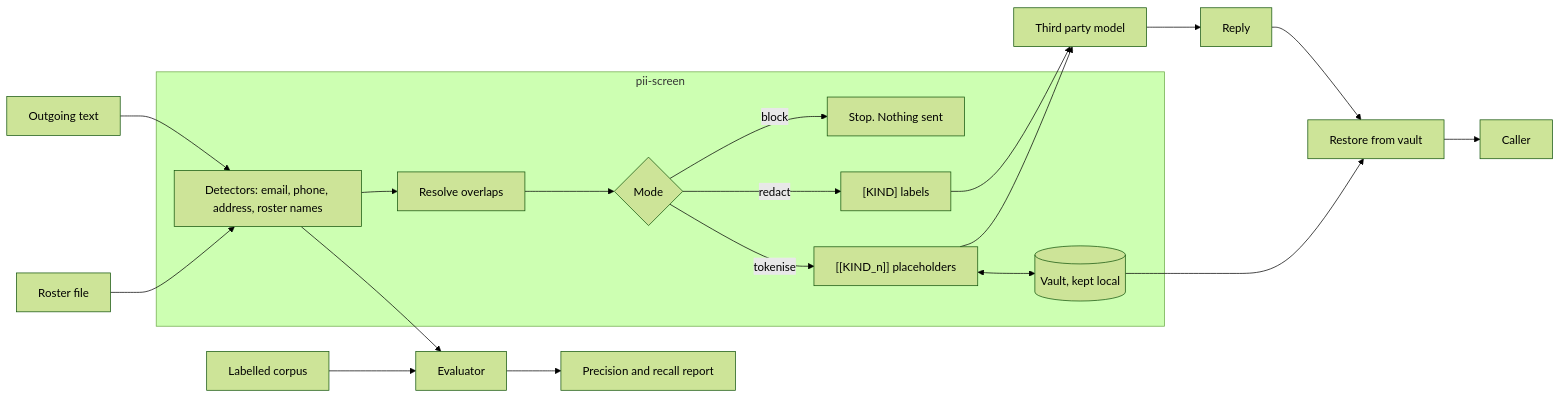
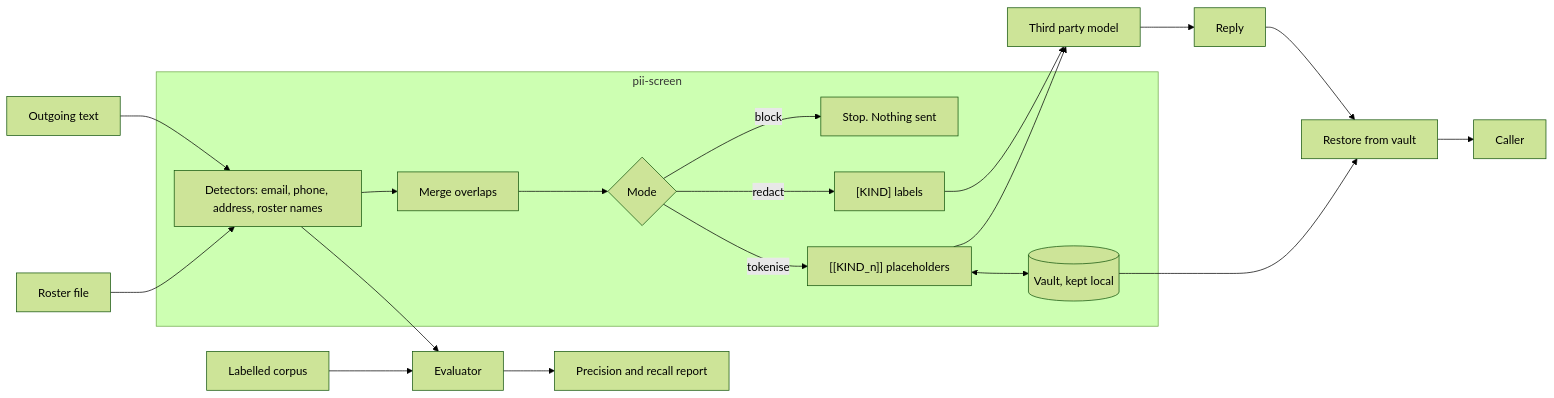
One commit to midcityhandyman/pii-screen changed the diagram in README.md. Above: the diagram before and after it, drawn with Mermaid (forest theme). The commit also changed other lines of this file and 7 other files, not shown here.

````diff
--- a/README.md
+++ b/README.md
@@ -31,22 +57,22 @@
 ```mermaid
 flowchart LR
     T[Outgoing text] --> D
     R[Roster file] --> D
     subgraph screen[pii-screen]
-        D[Detectors: email, phone, address, roster names] --> O[Resolve overlaps]
+        D[Detectors: email, phone, address, roster names] --> O[Merge overlaps]
         O --> M{Mode}
         M -->|block| B[Stop. Nothing sent]
         M -->|redact| X["[KIND] labels"]
         M -->|tokenise| K["[[KIND_n]] placeholders"]
         K <--> V[(Vault, kept local)]
     end
     X --> P[Third party model]
     K --> P
     P --> A[Reply]
     A --> S[Restore from vault]
     V --> S
     S --> U[Caller]
     C[Labelled corpus] --> E[Evaluator]
     D --> E
     E --> Q[Precision and recall report]
 ```
````
